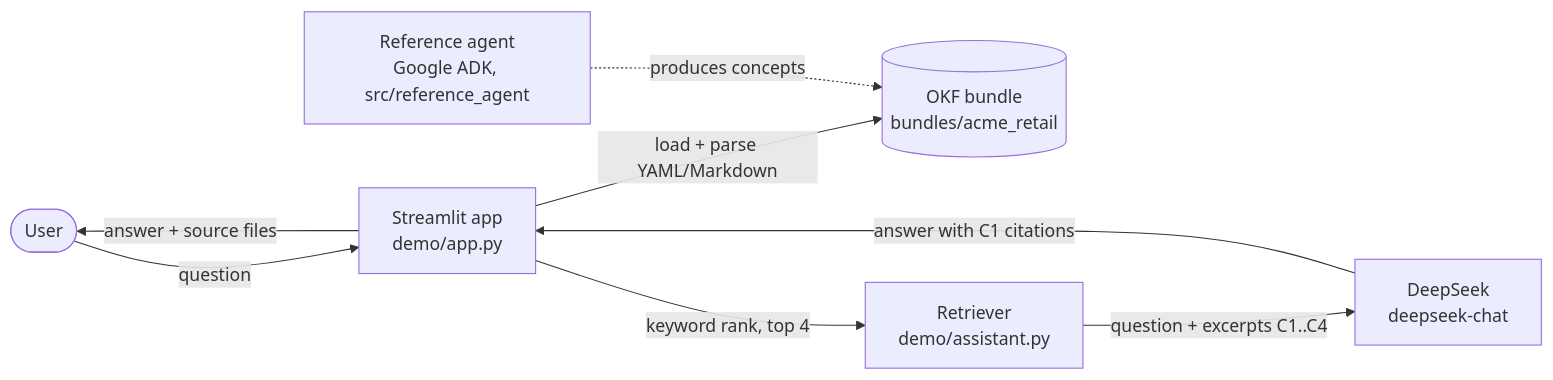
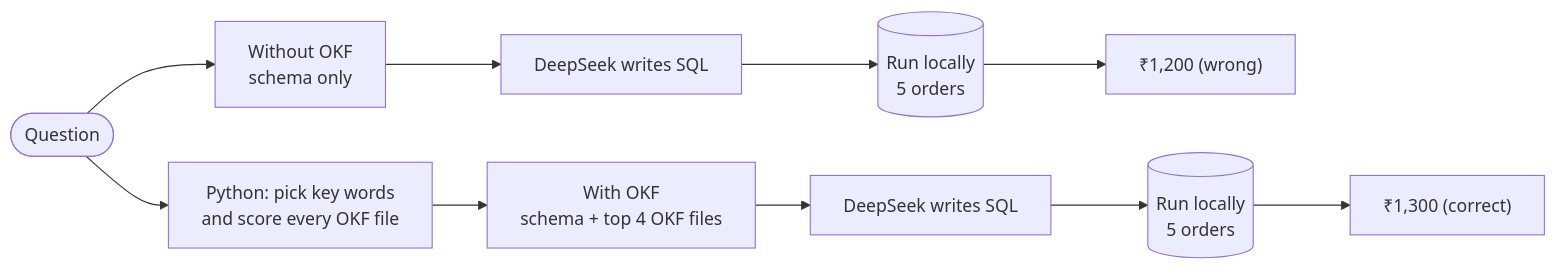
Before and after one commit to lokeshchauhan2801/OKF: the diagram in README.md, drawn with Mermaid. The commit also changed other lines of this file and 141 other files, not shown here.

First line of the commit message:
Simplify OKF demo around one SQL bundle; compare answers without and with OKF

````diff
--- a/README.md
+++ b/README.md
@@ -49,10 +29,5 @@
 ```mermaid
 flowchart LR
-    U([User]) -->|question| APP[Streamlit app<br/>demo/app.py]
-    APP -->|load + parse YAML/Markdown| B[(OKF bundle<br/>bundles/acme_retail)]
-    APP -->|keyword rank, top 4| R[Retriever<br/>demo/assistant.py]
-    R -->|question + excerpts C1..C4| LLM[DeepSeek<br/>deepseek-chat]
-    LLM -->|answer with C1 citations| APP
-    APP -->|answer + source files| U
-    P[Reference agent<br/>Google ADK, src/reference_agent] -.->|produces concepts| B
+    Q([Question]) --> A[Without OKF<br/>schema only] --> D1[DeepSeek writes SQL] --> L1[(Run locally<br/>5 orders)] --> W["₹1,200 (wrong)"]
+    Q --> K[Python: pick key words<br/>and score every OKF file] --> B[With OKF<br/>schema + top 4 OKF files] --> D2[DeepSeek writes SQL] --> L2[(Run locally<br/>5 orders)] --> R["₹1,300 (correct)"]
 ```
````
